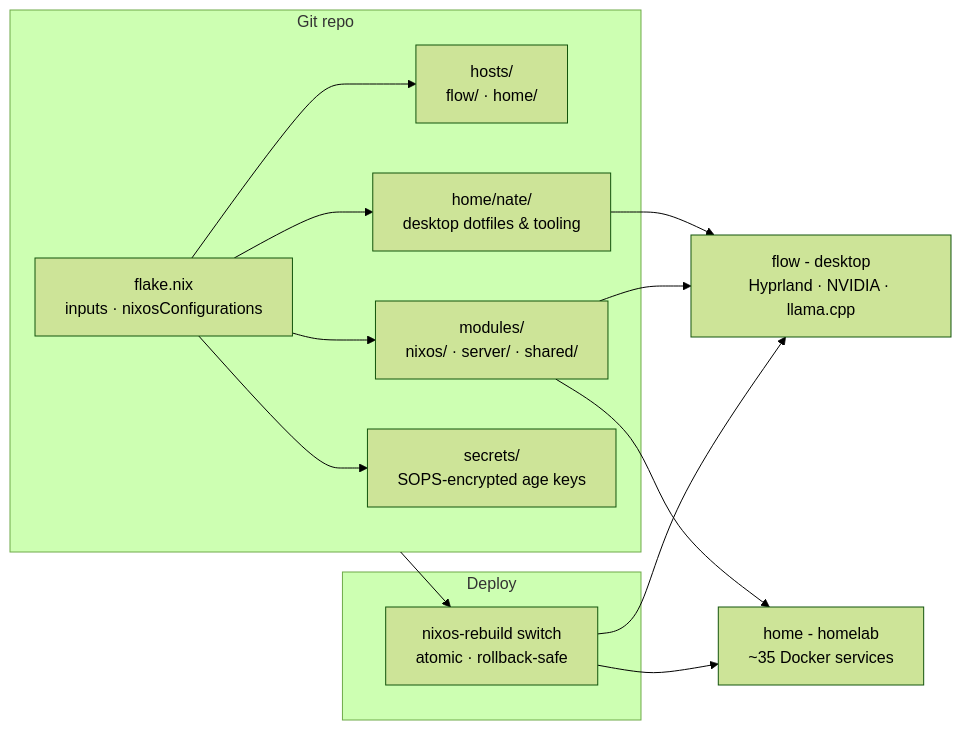
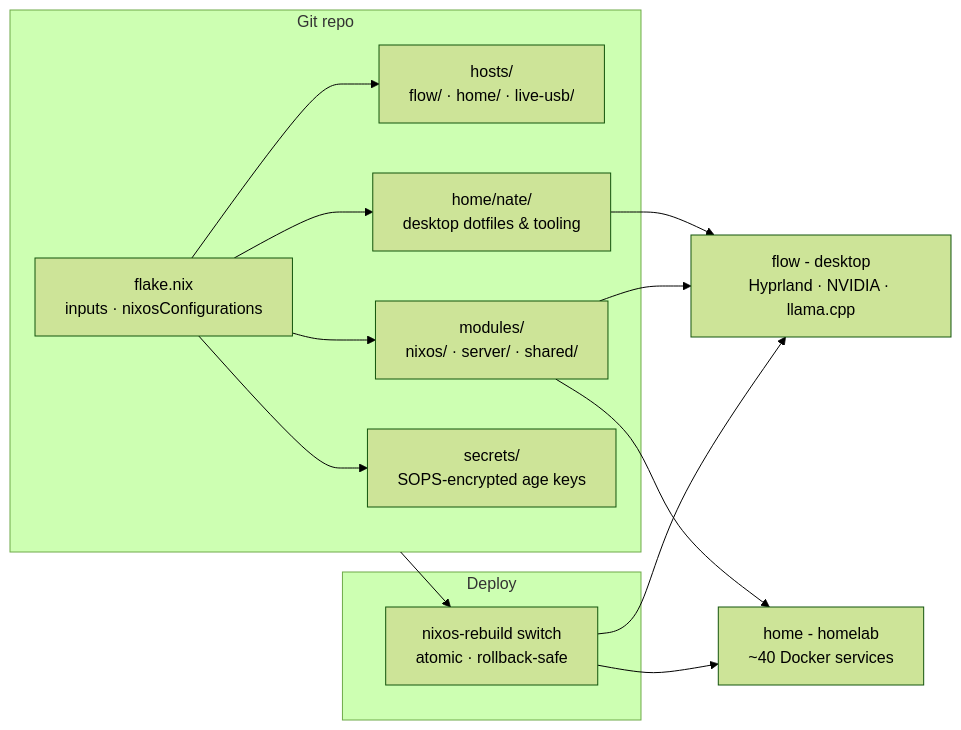
The second of 3 diagrams in README.md (HasNate618/nixos-config-public), drawn with Mermaid (forest theme) before and after one commit. The commit also changed other lines of this file and 233 other files, not shown here.

First line of the commit message:
Sync public config with live: focus mode, desktop theming, new services

````diff
--- a/README.md
+++ b/README.md
@@ -50,23 +52,23 @@
 ```mermaid
 flowchart LR
     subgraph repo["Git repo"]
         flake["flake.nix<br/>inputs · nixosConfigurations"]
-        hosts["hosts/<br/>flow/ · home/"]
+        hosts["hosts/<br/>flow/ · home/ · live-usb/"]
         mods["modules/<br/>nixos/ · server/ · shared/"]
         hm["home/nate/<br/>desktop dotfiles & tooling"]
         secrets["secrets/<br/>SOPS-encrypted age keys"]
     end
 
     subgraph deploy["Deploy"]
         rebuild["nixos-rebuild switch<br/>atomic · rollback-safe"]
     end
 
     flow["flow - desktop<br/>Hyprland · NVIDIA · llama.cpp"]
-    homehost["home - homelab<br/>~35 Docker services"]
+    homehost["home - homelab<br/>~40 Docker services"]
 
     flake --> hosts & mods & hm & secrets
     repo --> rebuild
     rebuild --> flow & homehost
     mods --> flow & homehost
     hm --> flow
 ```
````
